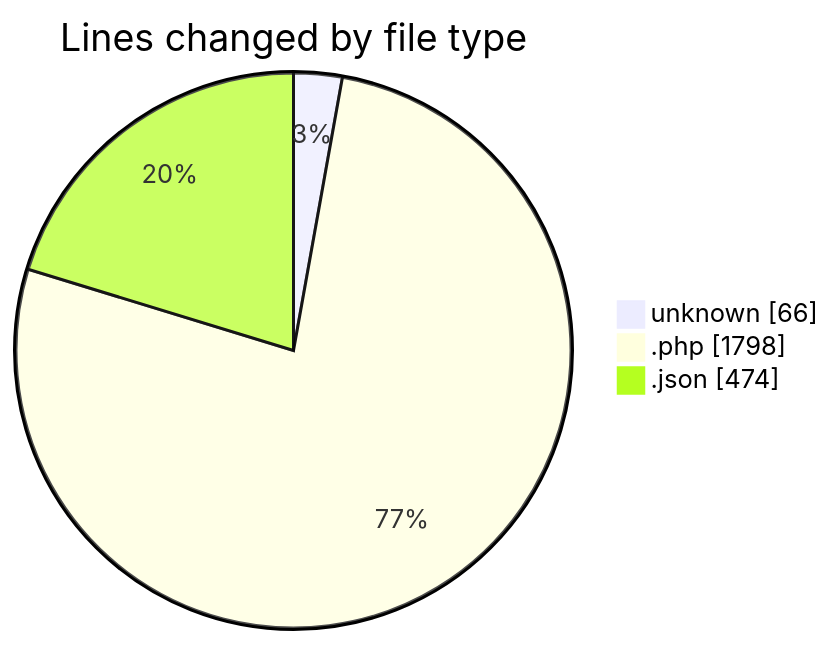
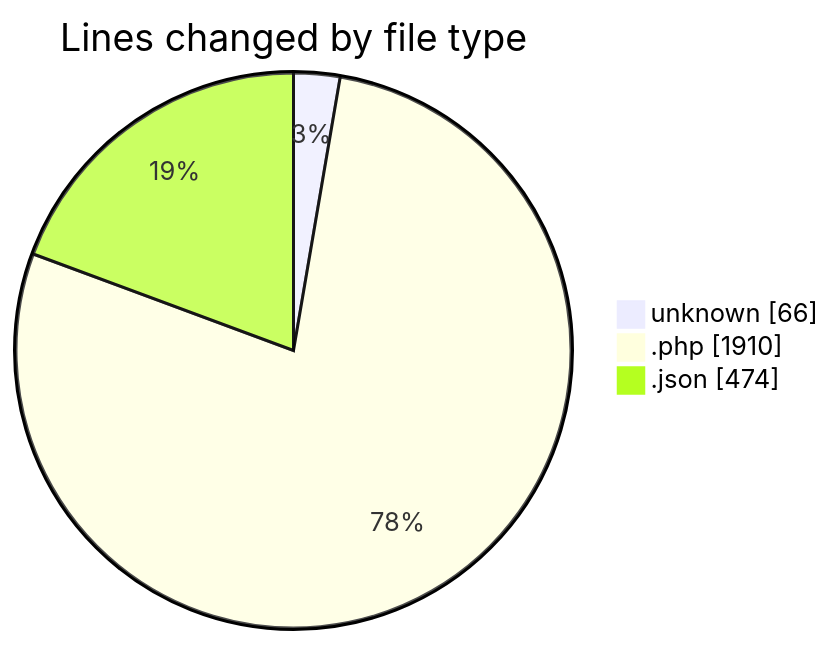
The first of 2 diagrams in 2025-05-27/studio-backend/README.md (idhammustaqopulfikri/code-tracking), drawn with Mermaid before and after one commit. The commit also changed other lines of this file and 1 other file, not shown here.

````diff
--- a/2025-05-27/studio-backend/README.md
+++ b/2025-05-27/studio-backend/README.md
@@ -51,7 +52,7 @@
 ```mermaid
 pie showData
 title Lines changed by file type
 "unknown" : 66
-".php" : 1798
+".php" : 1910
 ".json" : 474
 ```
````
